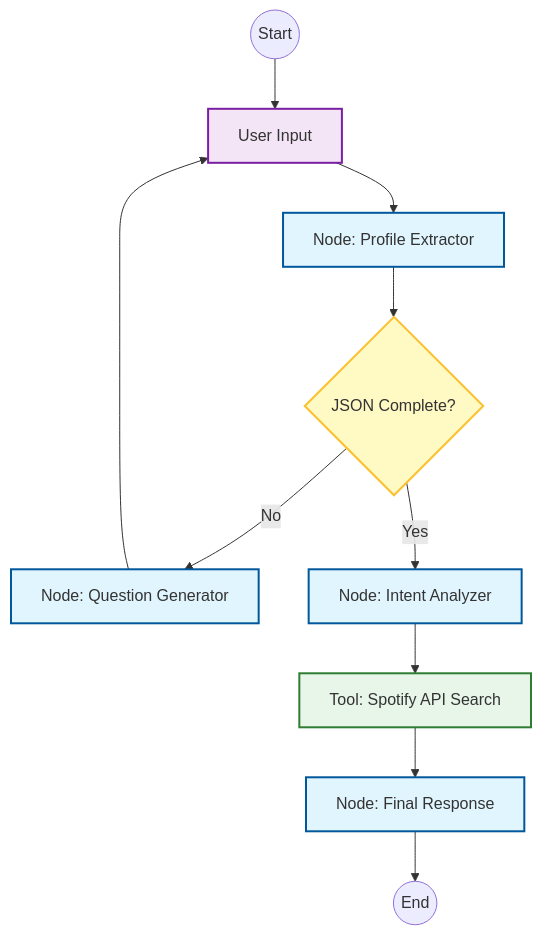
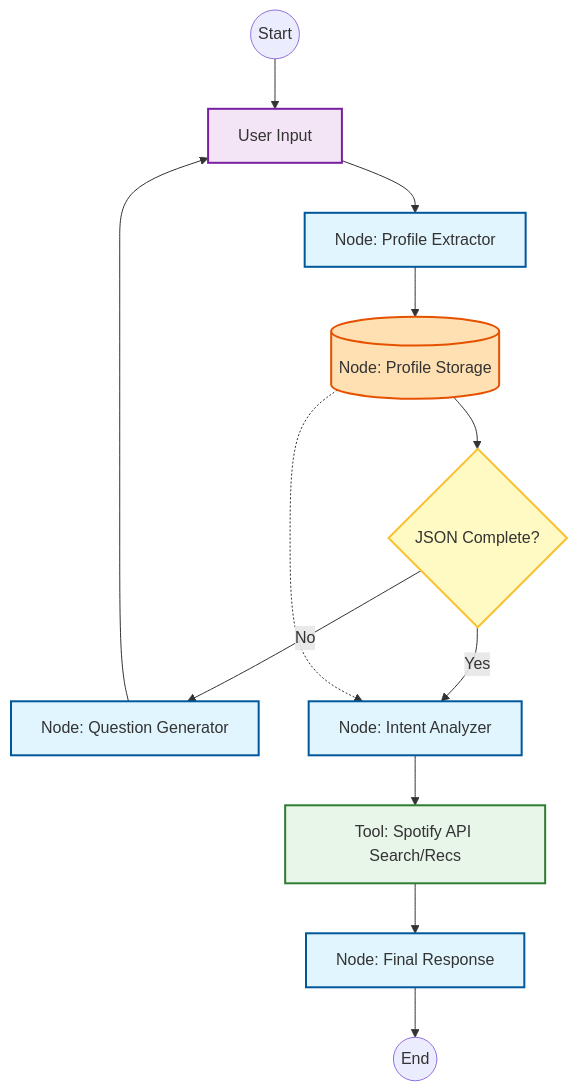
The diagram in README.md (liapsps/sonic-bridge-agent), drawn with Mermaid before and after one commit. The commit also changed other lines of this file, not shown here.

````diff
--- a/README.md
+++ b/README.md
@@ -19,32 +20,39 @@
 ```mermaid
 graph TD
     %% Style Definitions
     classDef llm fill:#e1f5fe,stroke:#01579b,stroke-width:2px;
     classDef logic fill:#fff9c4,stroke:#fbc02d,stroke-width:2px;
     classDef tool fill:#e8f5e9,stroke:#2e7d32,stroke-width:2px;
     classDef user fill:#f3e5f5,stroke:#7b1fa2,stroke-width:2px;
+    classDef storage fill:#ffe0b2,stroke:#e65100,stroke-width:2px;
 
     Start((Start)) --> UserInput[User Input]
     UserInput --> Extractor[Node: Profile Extractor]
     
-    %% Extractor Node uses LLM to attempt JSON filling
-    Extractor --> CheckState{JSON Complete?}
+    %% Storage Node: Persisting entities
+    Extractor --> DB[(Node: Profile Storage)]
+    
+    %% Logic reads from DB
+    DB --> CheckState{JSON Complete?}
     
     %% Loop (Human-in-the-loop)
     CheckState -- No --> Asker[Node: Question Generator]
     Asker --> UserInput
     
-    %% Recommendation Flow
+    %% Recommendation Flow: Intent Analyzer uses DB context
     CheckState -- Yes --> IntentAnalyzer[Node: Intent Analyzer]
-    IntentAnalyzer --> SpotifyTool[Tool: Spotify API Search]
+    DB -.-> IntentAnalyzer
+    
+    IntentAnalyzer --> SpotifyTool[Tool: Spotify API Search/Recs]
     SpotifyTool --> FinalResponse[Node: Final Response]
     
     FinalResponse --> End((End))
 
     %% Assign classes
     class Extractor,Asker,IntentAnalyzer,FinalResponse llm;
     class CheckState logic;
     class SpotifyTool tool;
     class UserInput user;
+    class DB storage;
 
 ```
````
